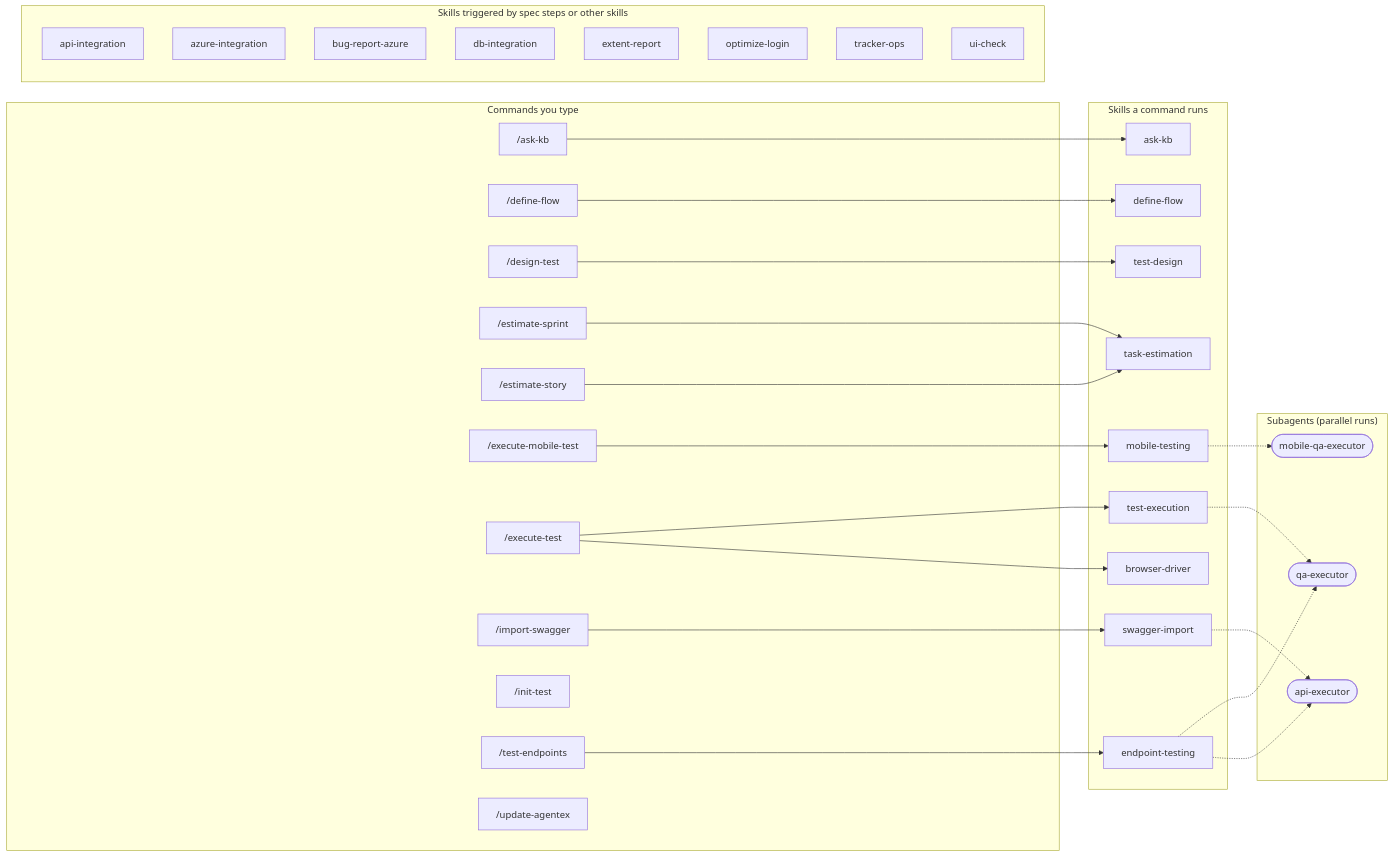
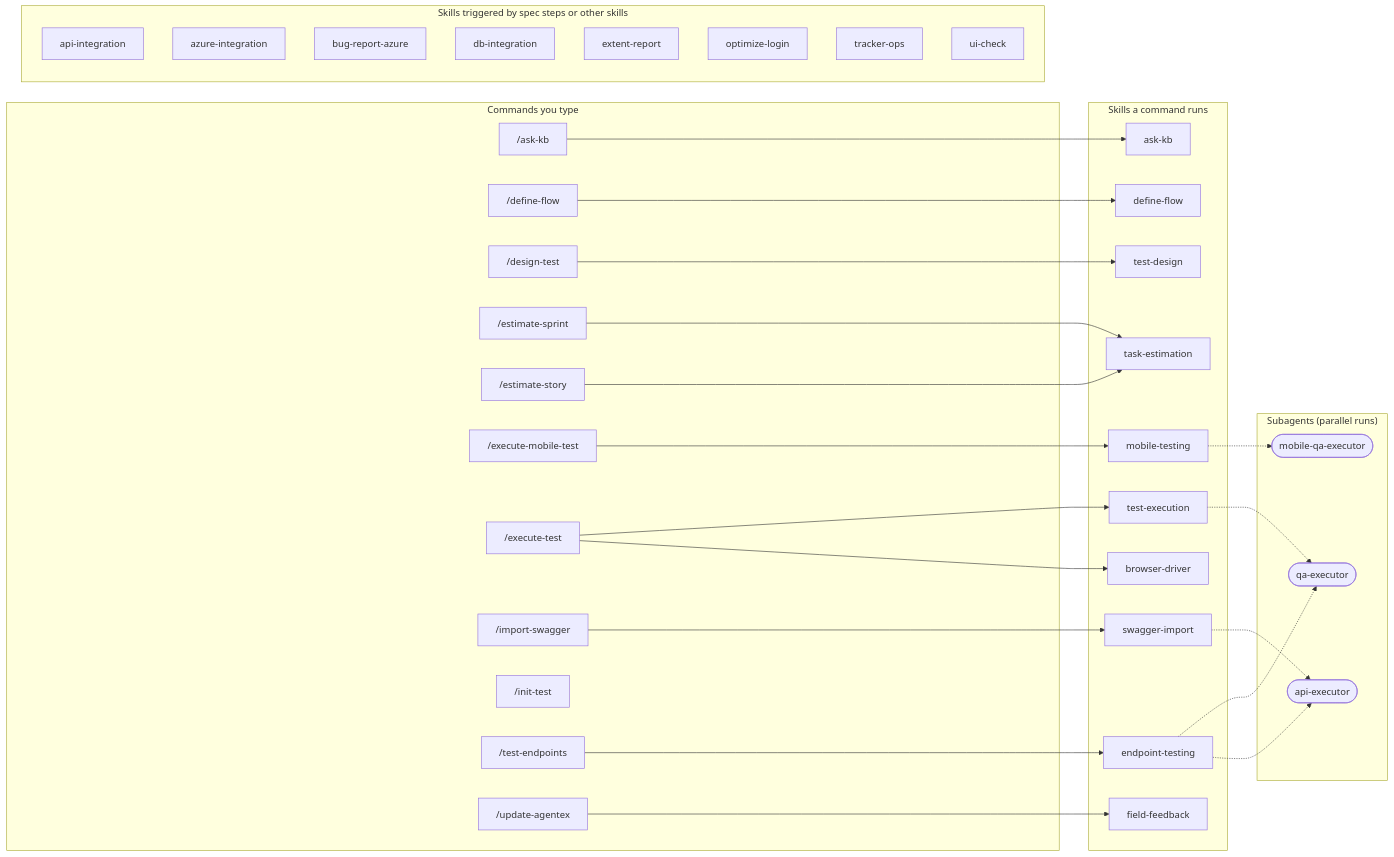
The first of 2 diagrams in README.md (MhmdElGazzar/agentex), drawn with Mermaid before and after one commit. The commit also changed other lines of this file and 1 other file, not shown here.

First line of the commit message:
chore(release-1.0.0): post-refresh fixes — README architecture map regenerated; lint allowlists the re-proof script's env

````diff
--- a/README.md
+++ b/README.md
@@ -59,57 +59,59 @@
 ```mermaid
 flowchart LR
   subgraph CMD["Commands you type"]
     c_ask_kb["/ask-kb"]
     c_define_flow["/define-flow"]
     c_design_test["/design-test"]
     c_estimate_sprint["/estimate-sprint"]
     c_estimate_story["/estimate-story"]
     c_execute_mobile_test["/execute-mobile-test"]
     c_execute_test["/execute-test"]
     c_import_swagger["/import-swagger"]
     c_init_test["/init-test"]
     c_test_endpoints["/test-endpoints"]
     c_update_agentex["/update-agentex"]
   end
   subgraph SK["Skills a command runs"]
     s_ask_kb["ask-kb"]
     s_browser_driver["browser-driver"]
     s_define_flow["define-flow"]
     s_endpoint_testing["endpoint-testing"]
+    s_field_feedback["field-feedback"]
     s_mobile_testing["mobile-testing"]
     s_swagger_import["swagger-import"]
     s_task_estimation["task-estimation"]
     s_test_design["test-design"]
     s_test_execution["test-execution"]
   end
   subgraph SK2["Skills triggered by spec steps or other skills"]
     s_api_integration["api-integration"]
     s_azure_integration["azure-integration"]
     s_bug_report_azure["bug-report-azure"]
     s_db_integration["db-integration"]
     s_extent_report["extent-report"]
     s_optimize_login["optimize-login"]
     s_tracker_ops["tracker-ops"]
     s_ui_check["ui-check"]
   end
   subgraph AG["Subagents (parallel runs)"]
     a_api_executor(["api-executor"])
     a_mobile_qa_executor(["mobile-qa-executor"])
     a_qa_executor(["qa-executor"])
   end
   c_ask_kb --> s_ask_kb
   c_define_flow --> s_define_flow
   c_design_test --> s_test_design
   c_estimate_sprint --> s_task_estimation
   c_estimate_story --> s_task_estimation
   c_execute_mobile_test --> s_mobile_testing
   c_execute_test --> s_browser_driver
   c_execute_test --> s_test_execution
   c_import_swagger --> s_swagger_import
   c_test_endpoints --> s_endpoint_testing
+  c_update_agentex --> s_field_feedback
   s_endpoint_testing -.-> a_api_executor
   s_endpoint_testing -.-> a_qa_executor
   s_mobile_testing -.-> a_mobile_qa_executor
   s_swagger_import -.-> a_api_executor
   s_test_execution -.-> a_qa_executor
 ```
````
